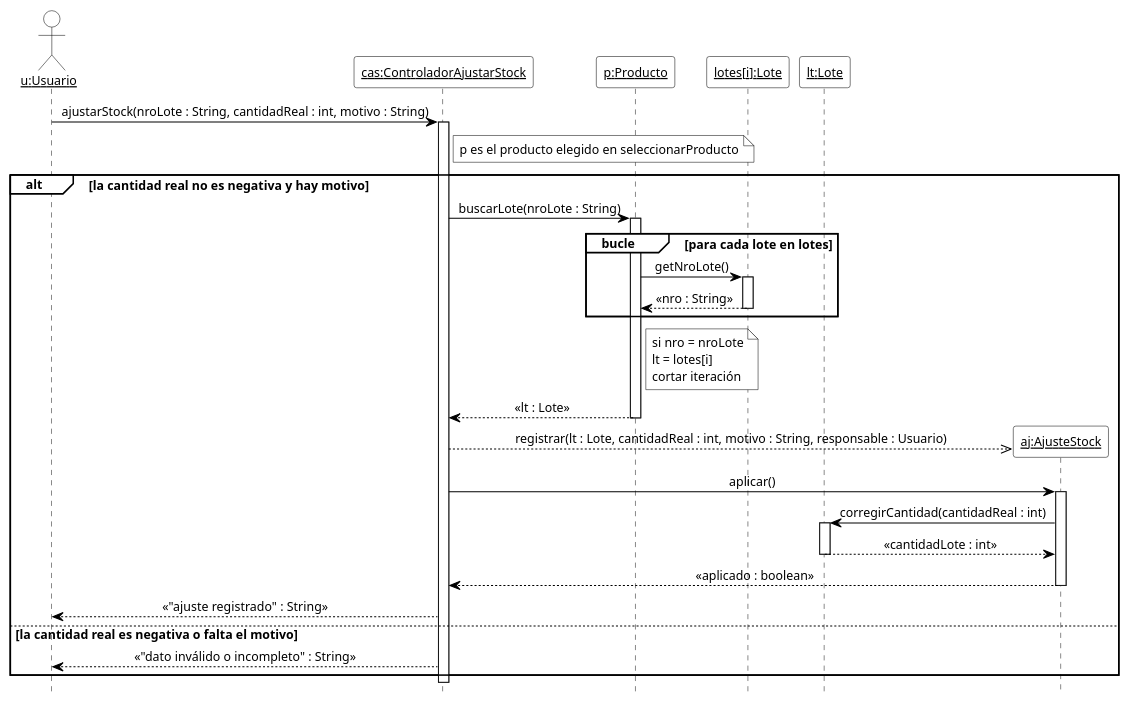
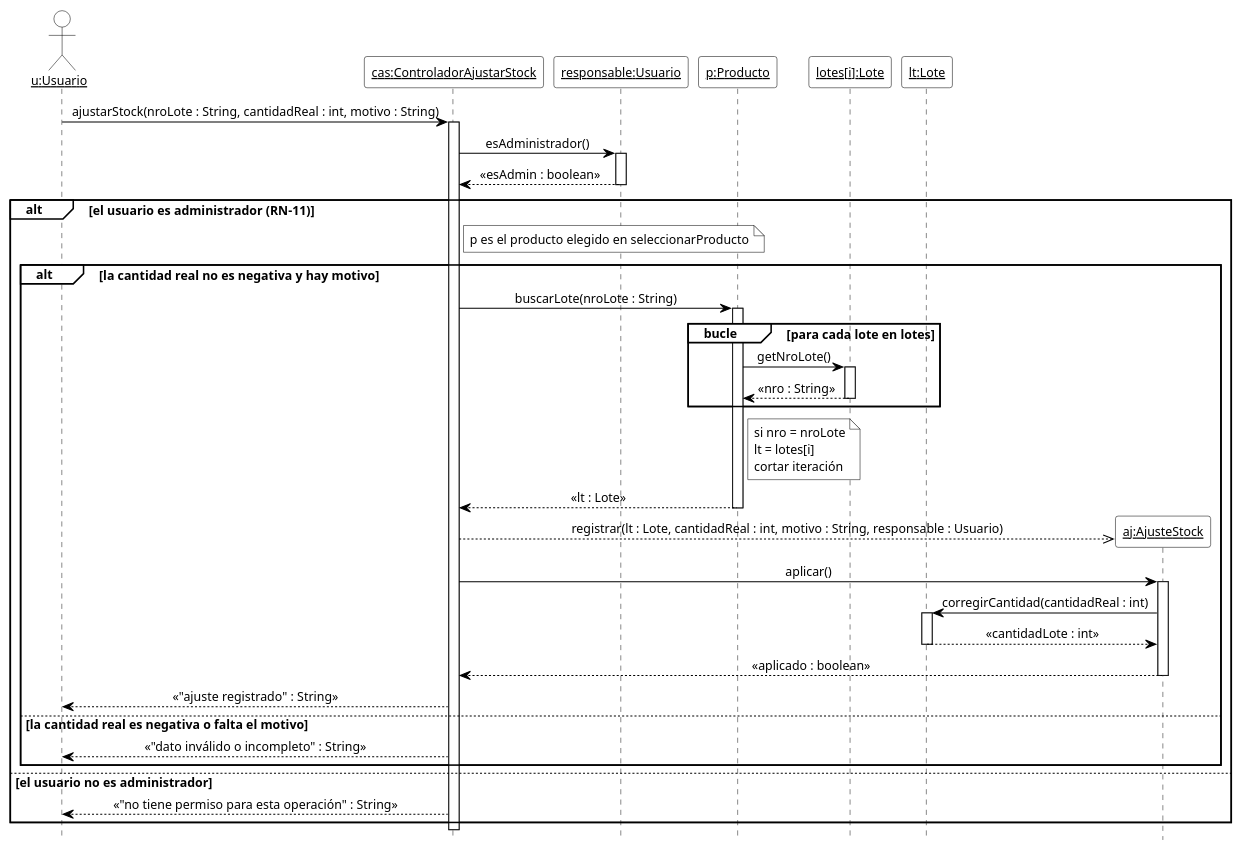
Before and after one commit to cirotop/Stock-Project: the diagram in 08-Diagrama De Secuencia/DSD_CU-06_ajustarStock.puml, drawn with PlantUML. The commit also changed 20 other files, not shown here.

```diff
--- a/08-Diagrama De Secuencia/DSD_CU-06_ajustarStock.puml
+++ b/08-Diagrama De Secuencia/DSD_CU-06_ajustarStock.puml
@@ -1,56 +1,63 @@
 @startuml DSD_CU-06_ajustarStock
 ' Diagrama de Secuencia de Diseño (DSD) - CU-06 Ajustar stock - ajustarStock
 ' Estilo de los ejemplos de la teoría (introducirArticulo / crearNuevaVenta).
 hide footbox
 skinparam shadowing false
 skinparam defaultFontName Arial
 skinparam defaultFontSize 12
 skinparam sequenceMessageAlign center
 skinparam ArrowColor black
 skinparam ParticipantBackgroundColor white
 skinparam ParticipantBorderColor black
 skinparam CollectionsBackgroundColor white
 skinparam CollectionsBorderColor black
 skinparam ActorBackgroundColor white
 skinparam ActorBorderColor black
 skinparam LifeLineBorderColor black
 skinparam LifeLineBackgroundColor white
 skinparam SequenceGroupBackgroundColor white
 skinparam SequenceGroupBorderColor black
 skinparam SequenceGroupHeaderFontColor black
 skinparam NoteBackgroundColor white
 skinparam NoteBorderColor black
 
 actor "<u>u:Usuario</u>" as u
 participant "<u>cas:ControladorAjustarStock</u>" as cas
+participant "<u>responsable:Usuario</u>" as resp
 participant "<u>p:Producto</u>" as p
 participant "<u>lotes[i]:Lote</u>" as li
 participant "<u>lt:Lote</u>" as lt
 
 u -> cas ++ : ajustarStock(nroLote : String, cantidadReal : int, motivo : String)
-note right of cas : p es el producto elegido en seleccionarProducto
-alt la cantidad real no es negativa y hay motivo
-  cas -> p ++ : buscarLote(nroLote : String)
-  group bucle [para cada lote en lotes]
-    p -> li ++ : getNroLote()
-    li --> p -- : «nro : String»
+cas -> resp ++ : esAdministrador()
+resp --> cas -- : «esAdmin : boolean»
+alt el usuario es administrador (RN-11)
+  note right of cas : p es el producto elegido en seleccionarProducto
+  alt la cantidad real no es negativa y hay motivo
+    cas -> p ++ : buscarLote(nroLote : String)
+    group bucle [para cada lote en lotes]
+      p -> li ++ : getNroLote()
+      li --> p -- : «nro : String»
+    end
+    note right of p
+      si nro = nroLote
+      lt = lotes[i]
+      cortar iteración
+    end note
+    p --> cas -- : «lt : Lote»
+    create participant "<u>aj:AjusteStock</u>" as aj
+    cas -->> aj : registrar(lt : Lote, cantidadReal : int, motivo : String, responsable : Usuario)
+    cas -> aj ++ : aplicar()
+    aj -> lt ++ : corregirCantidad(cantidadReal : int)
+    lt --> aj -- : «cantidadLote : int»
+    aj --> cas -- : «aplicado : boolean»
+    cas --> u : «"ajuste registrado" : String»
+  else la cantidad real es negativa o falta el motivo
+    cas --> u : «"dato inválido o incompleto" : String»
   end
-  note right of p
-    si nro = nroLote
-    lt = lotes[i]
-    cortar iteración
-  end note
-  p --> cas -- : «lt : Lote»
-  create participant "<u>aj:AjusteStock</u>" as aj
-  cas -->> aj : registrar(lt : Lote, cantidadReal : int, motivo : String, responsable : Usuario)
-  cas -> aj ++ : aplicar()
-  aj -> lt ++ : corregirCantidad(cantidadReal : int)
-  lt --> aj -- : «cantidadLote : int»
-  aj --> cas -- : «aplicado : boolean»
-  cas --> u : «"ajuste registrado" : String»
-else la cantidad real es negativa o falta el motivo
-  cas --> u : «"dato inválido o incompleto" : String»
+else el usuario no es administrador
+  cas --> u : «"no tiene permiso para esta operación" : String»
 end
 deactivate cas
 
 @enduml
```
